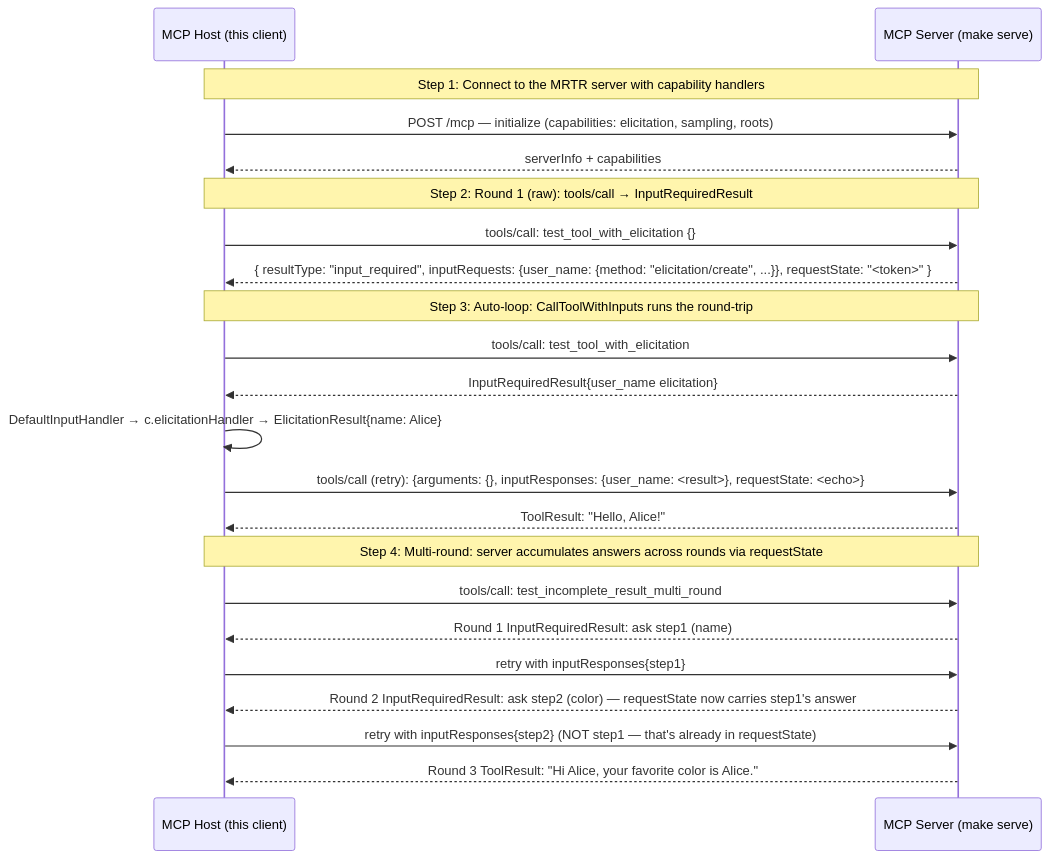
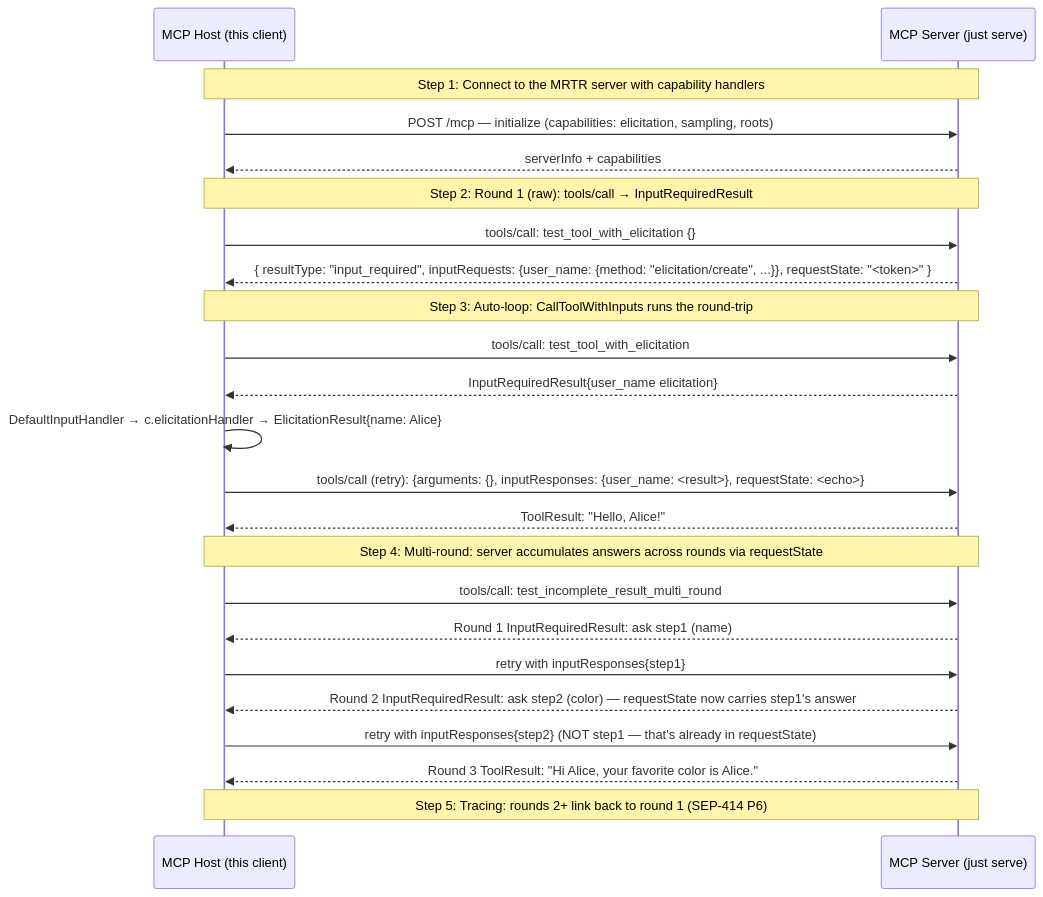
Before and after one commit to panyam/mcpkit: the diagram in examples/mrtr/WALKTHROUGH.md, drawn with Mermaid. The commit also changed other lines of this file and 293 other files, not shown here.

````diff
--- a/examples/mrtr/WALKTHROUGH.md
+++ b/examples/mrtr/WALKTHROUGH.md
@@ -14,28 +15,30 @@
 ```mermaid
 sequenceDiagram
     participant Host as MCP Host (this client)
-    participant Server as MCP Server (make serve)
+    participant Server as MCP Server (just serve)
 
     Note over Host,Server: Step 1: Connect to the MRTR server with capability handlers
     Host->>Server: POST /mcp — initialize (capabilities: elicitation, sampling, roots)
     Server-->>Host: serverInfo + capabilities
 
     Note over Host,Server: Step 2: Round 1 (raw): tools/call → InputRequiredResult
     Host->>Server: tools/call: test_tool_with_elicitation {}
     Server-->>Host: { resultType: "input_required", inputRequests: {user_name: {method: "elicitation/create", ...}}, requestState: "<token>" }
 
     Note over Host,Server: Step 3: Auto-loop: CallToolWithInputs runs the round-trip
     Host->>Server: tools/call: test_tool_with_elicitation
     Server-->>Host: InputRequiredResult{user_name elicitation}
     Host->>Host: DefaultInputHandler → c.elicitationHandler → ElicitationResult{name: Alice}
     Host->>Server: tools/call (retry): {arguments: {}, inputResponses: {user_name: <result>}, requestState: <echo>}
     Server-->>Host: ToolResult: "Hello, Alice!"
 
     Note over Host,Server: Step 4: Multi-round: server accumulates answers across rounds via requestState
     Host->>Server: tools/call: test_incomplete_result_multi_round
     Server-->>Host: Round 1 InputRequiredResult: ask step1 (name)
     Host->>Server: retry with inputResponses{step1}
     Server-->>Host: Round 2 InputRequiredResult: ask step2 (color) — requestState now carries step1's answer
     Host->>Server: retry with inputResponses{step2} (NOT step1 — that's already in requestState)
     Server-->>Host: Round 3 ToolResult: "Hi Alice, your favorite color is Alice."
+
+    Note over Host,Server: Step 5: Tracing: rounds 2+ link back to round 1 (SEP-414 P6)
 ```
````
